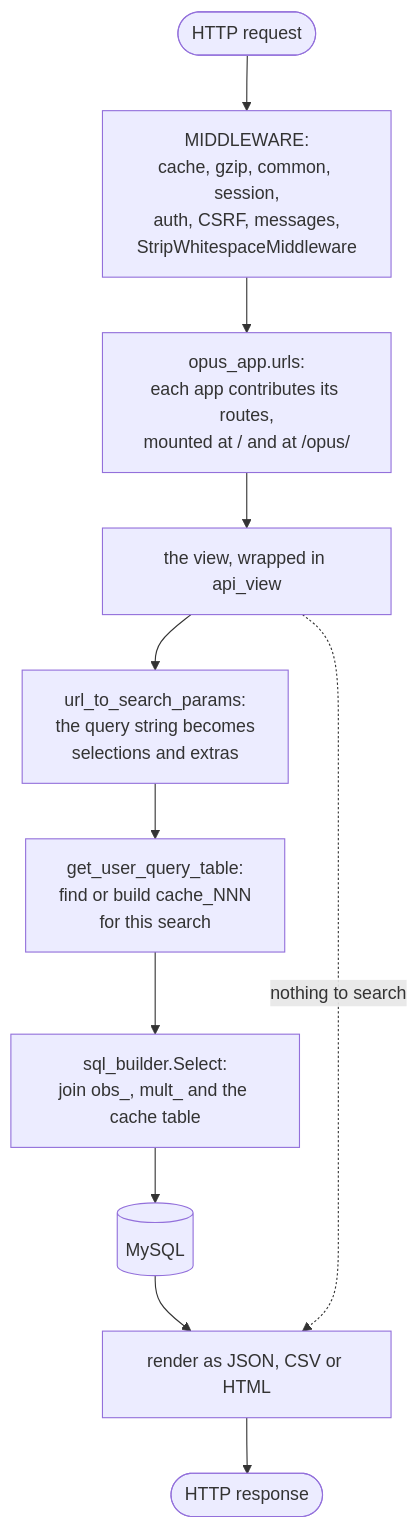
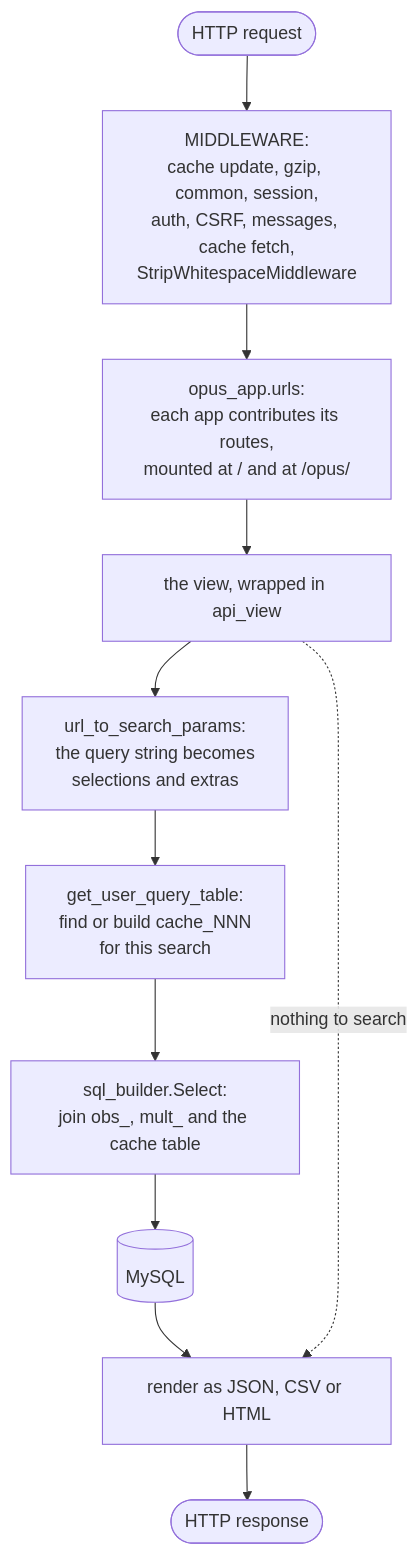
Before and after one commit to SETI/rms-opus: the diagram in docs/dev_guide_webapp.rst, drawn with Mermaid. The commit also changed other lines of this file and 13 other files, not shown here.

```diff
--- a/docs/dev_guide_webapp.rst
+++ b/docs/dev_guide_webapp.rst
@@ -23,13 +23,13 @@
 .. mermaid::
 
     flowchart TD
-        R([HTTP request]) --> M[MIDDLEWARE:<br/>cache, gzip, common, session,<br/>auth, CSRF, messages,<br/>StripWhitespaceMiddleware]
+        R([HTTP request]) --> M[MIDDLEWARE:<br/>cache update, gzip, common, session,<br/>auth, CSRF, messages, cache fetch,<br/>StripWhitespaceMiddleware]
         M --> U[opus_app.urls:<br/>each app contributes its routes,<br/>mounted at / and at /opus/]
         U --> V[the view, wrapped in api_view]
         V --> P[url_to_search_params:<br/>the query string becomes<br/>selections and extras]
         P --> Q[get_user_query_table:<br/>find or build cache_NNN<br/>for this search]
         Q --> S[sql_builder.Select:<br/>join obs_, mult_ and the cache table]
         S --> D[(MySQL)]
         D --> F[render as JSON, CSV or HTML]
         F --> RESP([HTTP response])
         V -.->|nothing to search| F
```
